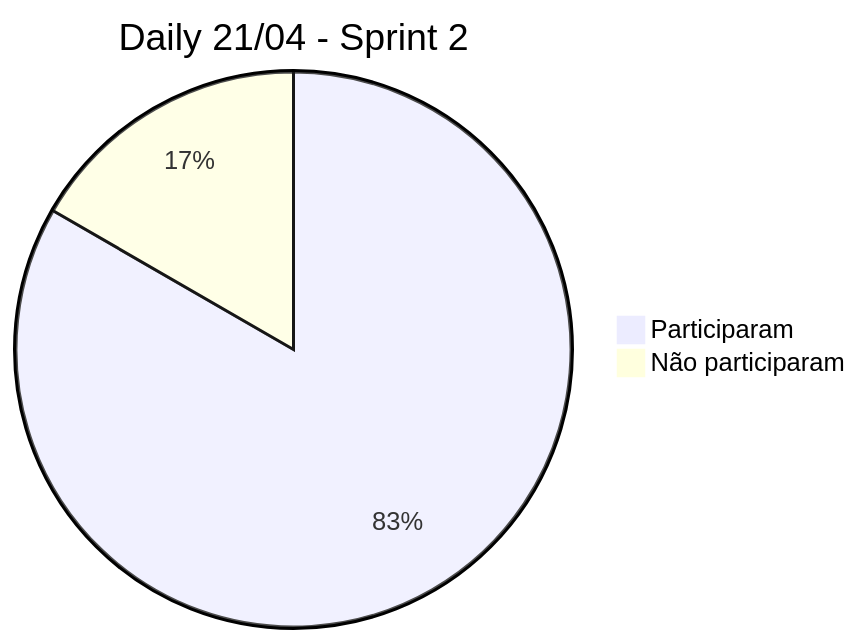
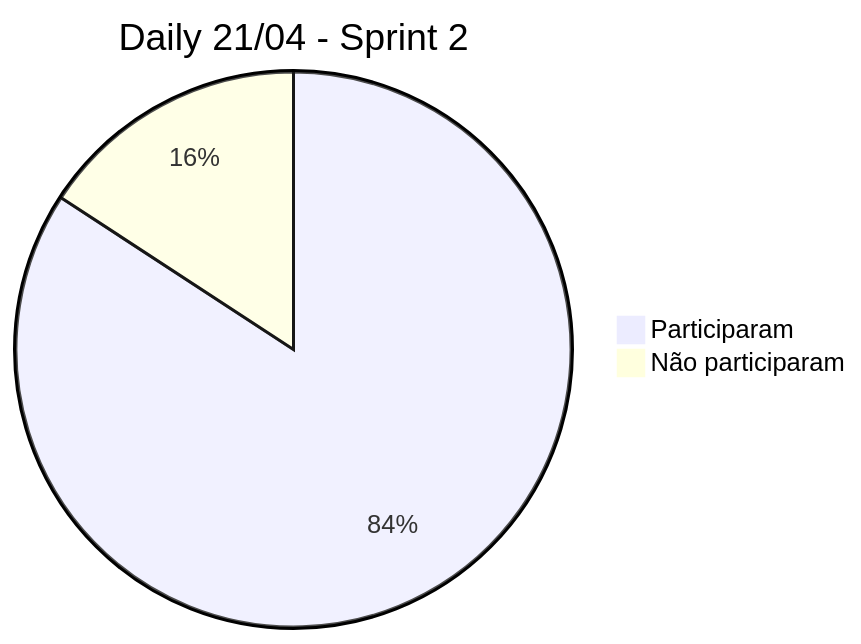
Before and after one commit to VeiculosMontadora/Backup_Wiki: the seventh of 7 diagrams in Sprints.md, drawn with Mermaid.

Commit message:
Update Sprints

````diff
--- a/Sprints.md
+++ b/Sprints.md
@@ -112,5 +112,5 @@
 ```mermaid
 pie title Daily 21/04 - Sprint 2
-    "Participaram" : 15
+    "Participaram" : 16
     "Não participaram" : 3
 ```
````
